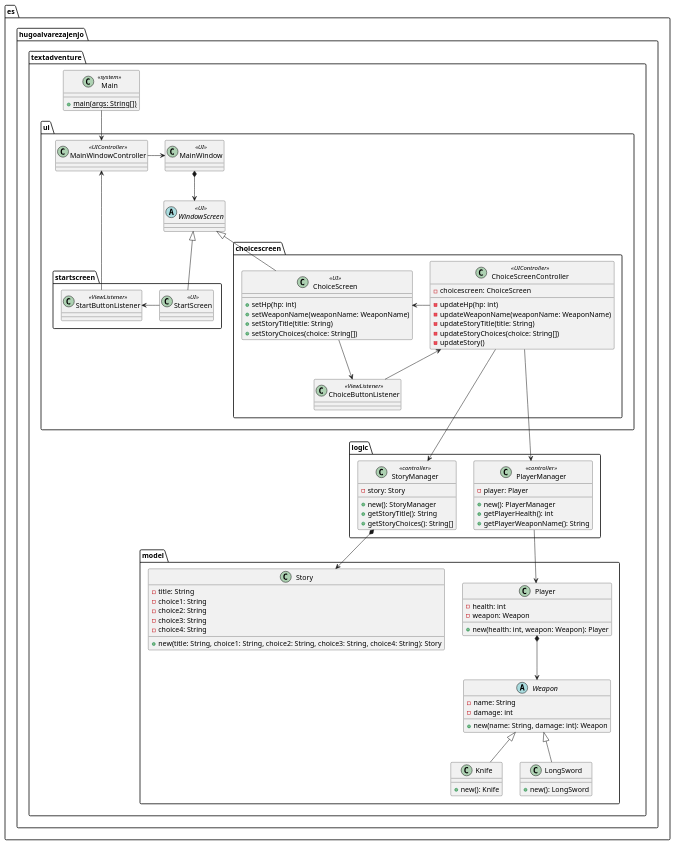
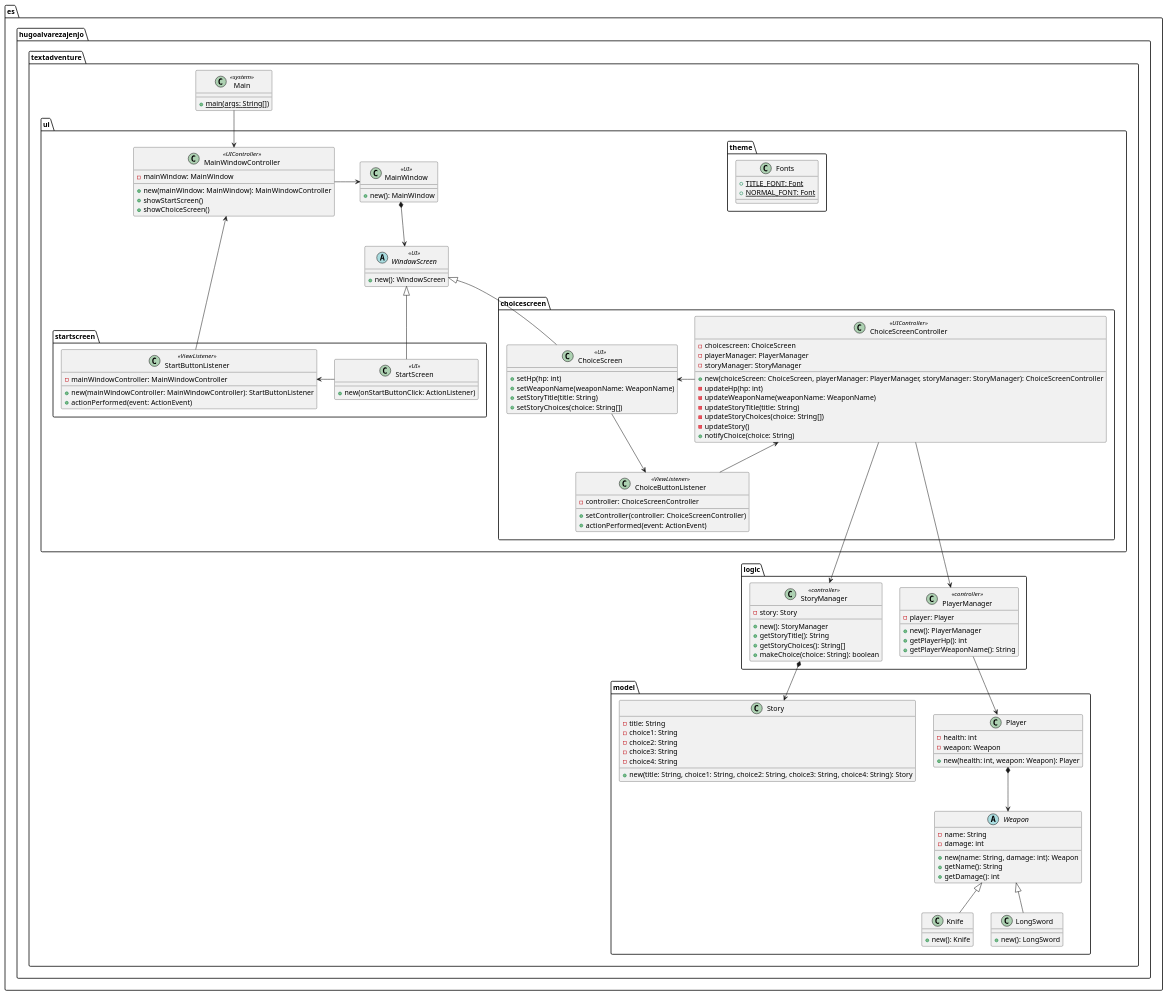
One commit to HugoAlvarezAjenjo/TextAdventure changed the diagram in docs/ClassDiagram.puml. Above: the diagram before and after it, drawn with PlantUML.

Commit message:
docs: UML add methods

```diff
--- a/docs/ClassDiagram.puml
+++ b/docs/ClassDiagram.puml
@@ -1,112 +1,145 @@
 @startuml TextAdventure Class Diagram
 package es.hugoalvarezajenjo.textadventure {
     package model {
         class Player {
             - health: int
             - weapon: Weapon
             + new(health: int, weapon: Weapon): Player
         }
 
         abstract Weapon{
             - name: String
             - damage: int
             + new(name: String, damage: int): Weapon
+            + getName(): String
+            + getDamage(): int
         }
 
         class Knife {
             + new(): Knife
         }
         class LongSword {
             + new(): LongSword
         }
 
         class Story {
             - title: String
             - choice1: String
             - choice2: String
             - choice3: String
             - choice4: String
             + new(title: String, choice1: String, choice2: String, choice3: String, choice4: String): Story
         }
     }
 
     package logic {
         class PlayerManager <<controller>>{
             - player: Player
             + new(): PlayerManager
-            + getPlayerHealth(): int
+            + getPlayerHp(): int
             + getPlayerWeaponName(): String
         }
 
         class StoryManager <<controller>> {
             - story: Story
             + new(): StoryManager
             + getStoryTitle(): String
             + getStoryChoices(): String[]
+            + makeChoice(choice: String): boolean
         }
     }
 
     package ui {
-        class MainWindow <<UI>>
-        class MainWindowController <<UIController>>
-        abstract WindowScreen <<UI>>
+        class MainWindow <<UI>> {
+            + new(): MainWindow
+        }
+        class MainWindowController <<UIController>> {
+            - mainWindow: MainWindow
+            + new(mainWindow: MainWindow): MainWindowController
+            + showStartScreen()
+            + showChoiceScreen()
+        }
+        abstract WindowScreen <<UI>> {
+            + new(): WindowScreen
+        }
+
+        package theme {
+            class Fonts {
+                + {static} TITLE_FONT: Font
+                + {static} NORMAL_FONT: Font
+            }
+        }
 
         package startscreen {
-            class StartScreen <<UI>>
-            class StartButtonListener <<ViewListener>>
+            class StartScreen <<UI>> {
+                +new(onStartButtonClick: ActionListener)
+            }
+            class StartButtonListener <<ViewListener>> {
+                - mainWindowController: MainWindowController
+                + new(mainWindowController: MainWindowController): StartButtonListener
+                + actionPerformed(event: ActionEvent)
+            }
         }
 
         package choicescreen {
             class ChoiceScreen <<UI>> {
                 + setHp(hp: int)
                 + setWeaponName(weaponName: WeaponName)
                 + setStoryTitle(title: String)
                 + setStoryChoices(choice: String[])
             }
             class ChoiceScreenController <<UIController>> {
                 - choicescreen: ChoiceScreen
+                - playerManager: PlayerManager
+                - storyManager: StoryManager
+                + new(choiceScreen: ChoiceScreen, playerManager: PlayerManager, storyManager: StoryManager): ChoiceScreenController
                 - updateHp(hp: int)
                 - updateWeaponName(weaponName: WeaponName)
                 - updateStoryTitle(title: String)
                 - updateStoryChoices(choice: String[])
                 - updateStory()
+                + notifyChoice(choice: String)
             }
-            class ChoiceButtonListener <<ViewListener>>
+            class ChoiceButtonListener <<ViewListener>> {
+                - controller: ChoiceScreenController
+                + setController(controller: ChoiceScreenController)
+                + actionPerformed(event: ActionEvent)
+            }
         }
 
     }
 
     class Main <<system>>{
         + {static} main(args: String[])
     }
 }
 
 WindowScreen <|-- StartScreen
 WindowScreen <|-- ChoiceScreen
 
 Weapon <|-- Knife
 Weapon <|-- LongSword
 
 Main --> MainWindowController
 
 MainWindowController -> MainWindow
 
 MainWindow *--> WindowScreen
 
 StartButtonListener <- StartScreen
 MainWindowController <-- StartButtonListener
 
 ChoiceScreen <- ChoiceScreenController
 ChoiceScreen --> ChoiceButtonListener
 ChoiceScreenController <-- ChoiceButtonListener
 ChoiceScreenController ---> PlayerManager
 ChoiceScreenController ---> StoryManager
 
 
 PlayerManager --> Player
 
 Player *--> Weapon
 
 StoryManager *--> Story
 
 @enduml
```
